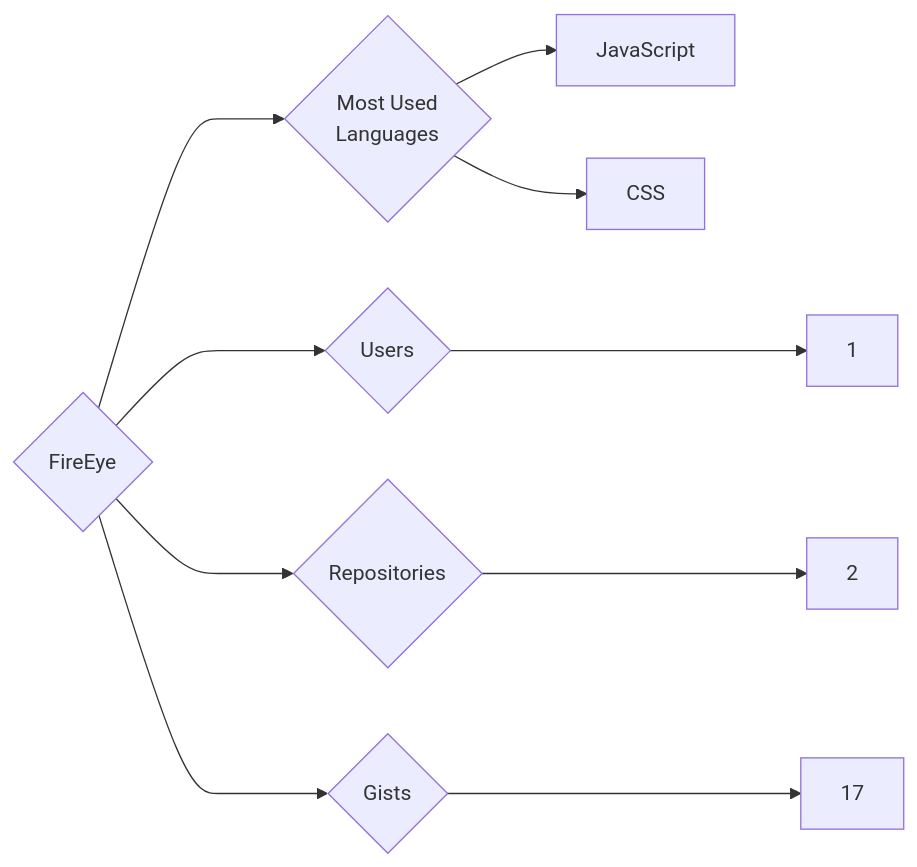
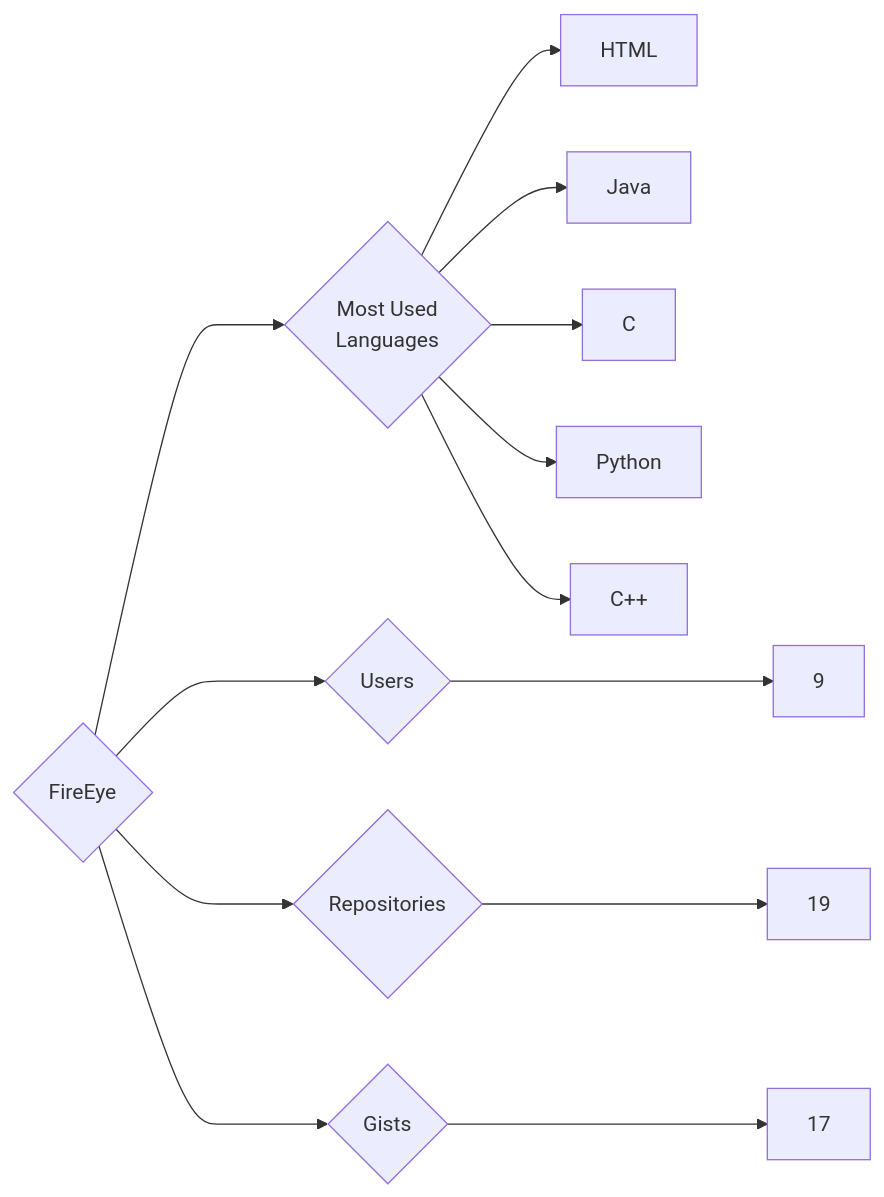
The diagram in targets/FireEye/README.md (trickest/insiders), drawn with Mermaid before and after one commit. The commit also changed 823 other files, not shown here.

````diff
--- a/targets/FireEye/README.md
+++ b/targets/FireEye/README.md
@@ -3,10 +3,13 @@
 ```mermaid
 graph LR
 COMPANY_NAME{FireEye}
-COMPANY_NAME ---> U{Users} ---> UN[1]
-COMPANY_NAME ---> R{Repositories} ---> RN[2]
+COMPANY_NAME ---> U{Users} ---> UN[9]
+COMPANY_NAME ---> R{Repositories} ---> RN[19]
 COMPANY_NAME ---> G{Gists} ---> GN[17]
 COMPANY_NAME ---> ML{Most Used<br>Languages}
-ML --> JavaScript[JavaScript]
-ML --> CSS[CSS]
+ML --> HTML[HTML]
+ML --> Java[Java]
+ML --> C[C]
+ML --> Python[Python]
+ML --> C++[C++]
 ```
````
